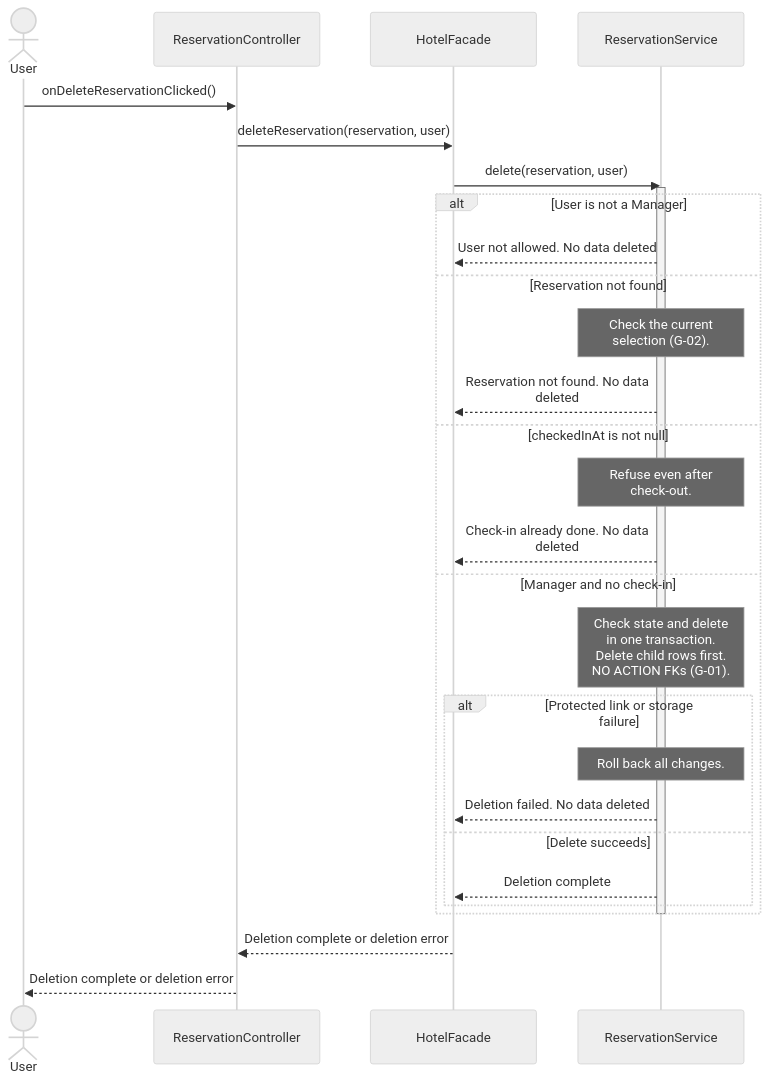
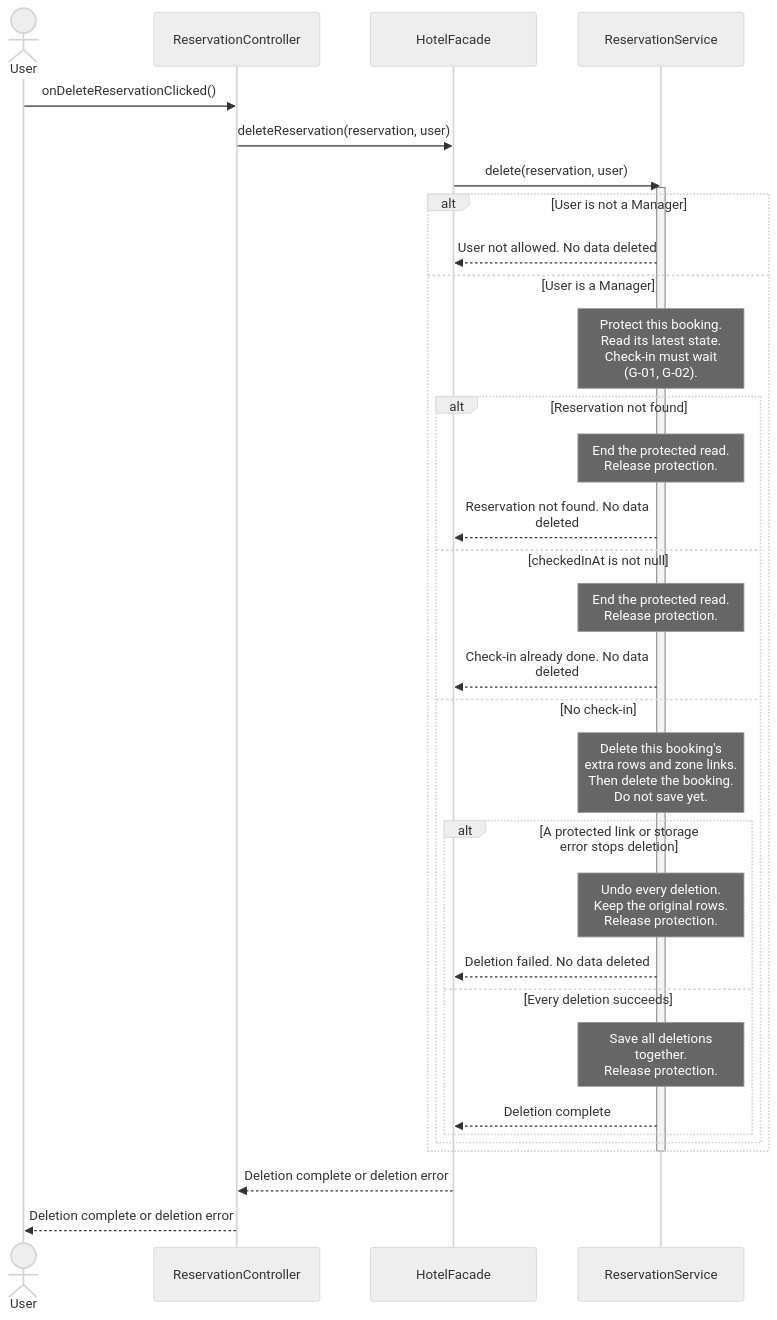
The first of 2 diagrams in docs/uml/sequence-diagrams.md (BorjaTiago/hotel4you), drawn with Mermaid before and after one commit. The commit also changed other lines of this file and 14 other files, not shown here.

First line of the commit message:
H4Y-8 align XML stock import and sequence docs (#20)

````diff
--- a/docs/uml/sequence-diagrams.md
+++ b/docs/uml/sequence-diagrams.md
@@ -26,32 +27,36 @@
 ```mermaid
 %%{init: {"theme":"neutral","fontFamily":"Arial","sequence":{"actorFontFamily":"Arial","noteFontFamily":"Arial","messageFontFamily":"Arial","width":200,"wrap":true}}}%%
 sequenceDiagram
     actor User
     participant RC as ReservationController
     participant F as HotelFacade
     participant RS as ReservationService
     User->>RC: onDeleteReservationClicked()
     RC->>F: deleteReservation(reservation, user)
     F->>RS: delete(reservation, user)
     activate RS
     alt User is not a Manager
         RS-->>F: User not allowed. No data deleted
-    else Reservation not found
-        Note over RS: Check the current selection (G-02).
-        RS-->>F: Reservation not found. No data deleted
-    else checkedInAt is not null
-        Note over RS: Refuse even after check-out.
-        RS-->>F: Check-in already done. No data deleted
-    else Manager and no check-in
-        Note over RS: Check state and delete<br/>in one transaction.<br/>Delete child rows first.<br/>NO ACTION FKs (G-01).
-        alt Protected link or storage failure
-            Note over RS: Roll back all changes.
-            RS-->>F: Deletion failed. No data deleted
-        else Delete succeeds
-            RS-->>F: Deletion complete
+    else User is a Manager
+        Note over RS: Protect this booking.<br/>Read its latest state.<br/>Check-in must wait<br/>(G-01, G-02).
+        alt Reservation not found
+            Note over RS: End the protected read.<br/>Release protection.
+            RS-->>F: Reservation not found. No data deleted
+        else checkedInAt is not null
+            Note over RS: End the protected read.<br/>Release protection.
+            RS-->>F: Check-in already done. No data deleted
+        else No check-in
+            Note over RS: Delete this booking's<br/>extra rows and zone links.<br/>Then delete the booking.<br/>Do not save yet.
+            alt A protected link or storage error stops deletion
+                Note over RS: Undo every deletion.<br/>Keep the original rows.<br/>Release protection.
+                RS-->>F: Deletion failed. No data deleted
+            else Every deletion succeeds
+                Note over RS: Save all deletions<br/>together.<br/>Release protection.
+                RS-->>F: Deletion complete
+            end
         end
     end
     deactivate RS
     F-->>RC: Deletion complete or deletion error
     RC-->>User: Deletion complete or deletion error
 ```
````
